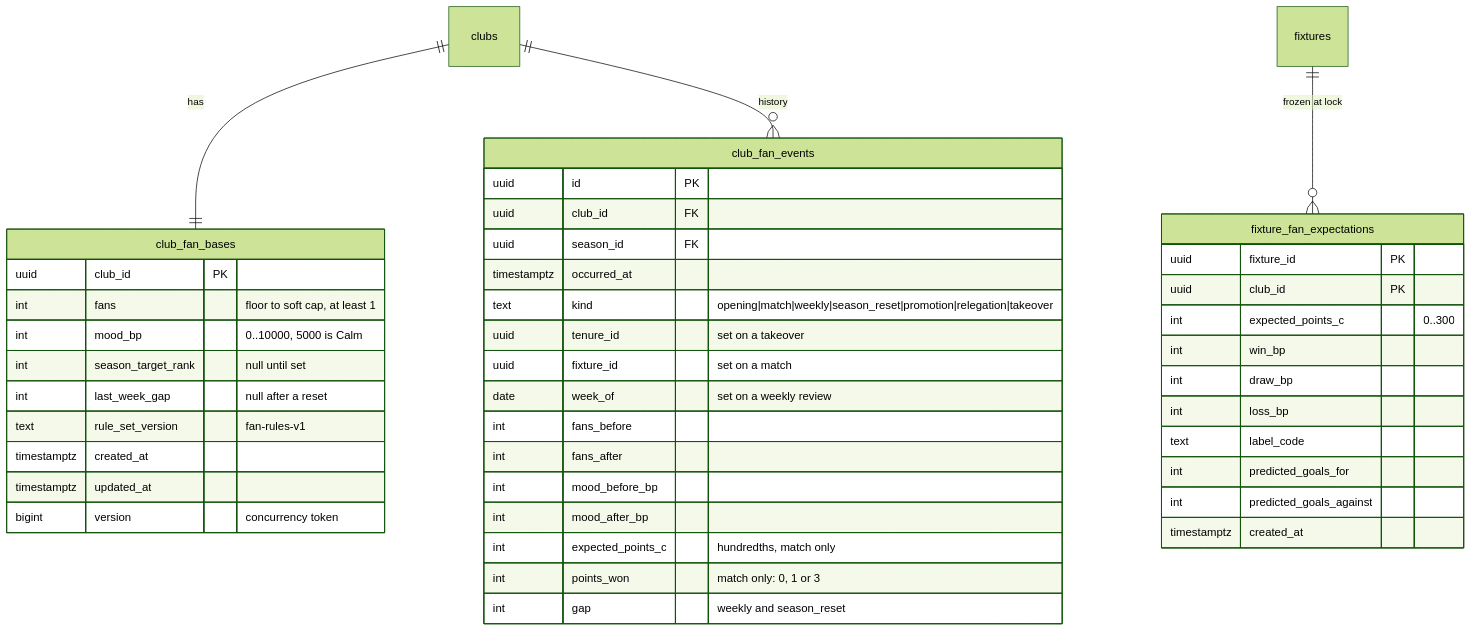
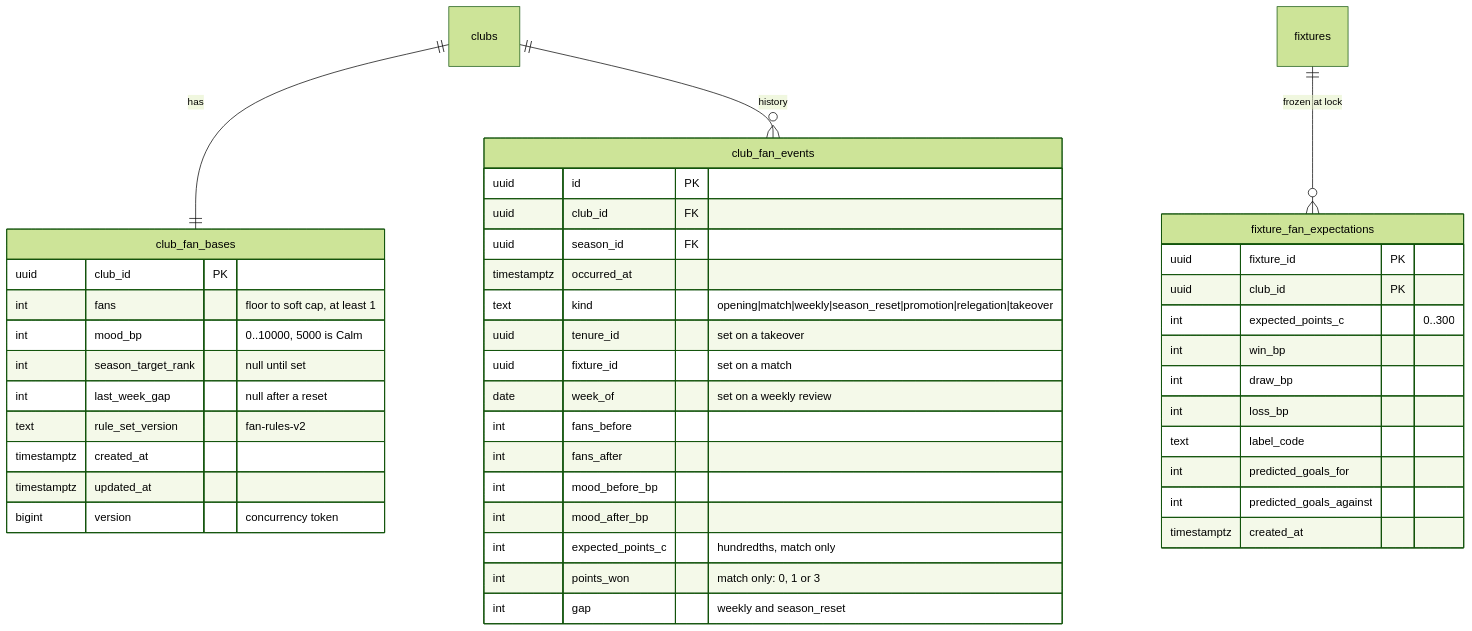
One commit to EndAroundCarry/touchline-manager-online changed the sixth of 6 diagrams in docs/architecture/data-model.md. Above: the diagram before and after it, drawn with Mermaid (forest theme). The commit also changed other lines of this file and 64 other files, not shown here.

````diff
--- a/docs/architecture/data-model.md
+++ b/docs/architecture/data-model.md
@@ -1096,46 +1108,46 @@
 ```mermaid
 erDiagram
     clubs ||--|| club_fan_bases : "has"
     clubs ||--o{ club_fan_events : "history"
     fixtures ||--o{ fixture_fan_expectations : "frozen at lock"
     club_fan_bases {
         uuid club_id PK
         int fans "floor to soft cap, at least 1"
         int mood_bp "0..10000, 5000 is Calm"
         int season_target_rank "null until set"
         int last_week_gap "null after a reset"
-        text rule_set_version "fan-rules-v1"
+        text rule_set_version "fan-rules-v2"
         timestamptz created_at
         timestamptz updated_at
         bigint version "concurrency token"
     }
     club_fan_events {
         uuid id PK
         uuid club_id FK
         uuid season_id FK
         timestamptz occurred_at
         text kind "opening|match|weekly|season_reset|promotion|relegation|takeover"
         uuid tenure_id "set on a takeover"
         uuid fixture_id "set on a match"
         date week_of "set on a weekly review"
         int fans_before
         int fans_after
         int mood_before_bp
         int mood_after_bp
         int expected_points_c "hundredths, match only"
         int points_won "match only: 0, 1 or 3"
         int gap "weekly and season_reset"
     }
     fixture_fan_expectations {
         uuid fixture_id PK
         uuid club_id PK
         int expected_points_c "0..300"
         int win_bp
         int draw_bp
         int loss_bp
         text label_code
         int predicted_goals_for
         int predicted_goals_against
         timestamptz created_at
     }
 ```
````
